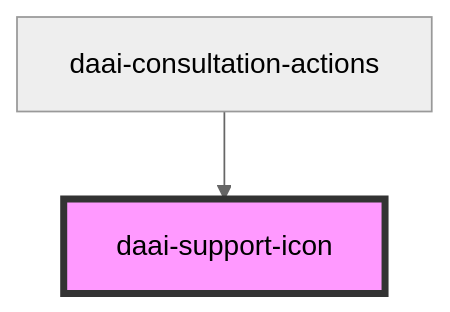
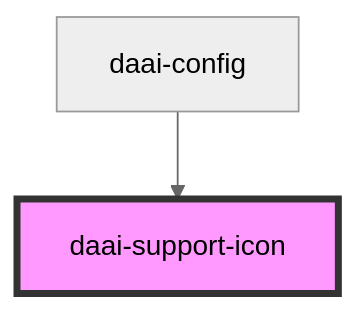
The diagram in src/components/atoms/icons/readme.md (doctor-assistant/web-components), drawn with Mermaid (neutral theme) before and after one commit. The commit also changed other lines of this file and 6 other files, not shown here.

````diff
--- a/src/components/atoms/icons/readme.md
+++ b/src/components/atoms/icons/readme.md
@@ -24,5 +24,5 @@
 ```mermaid
 graph TD;
-  daai-consultation-actions --> daai-support-icon
+  daai-config --> daai-support-icon
   style daai-support-icon fill:#f9f,stroke:#333,stroke-width:4px
 ```
````
